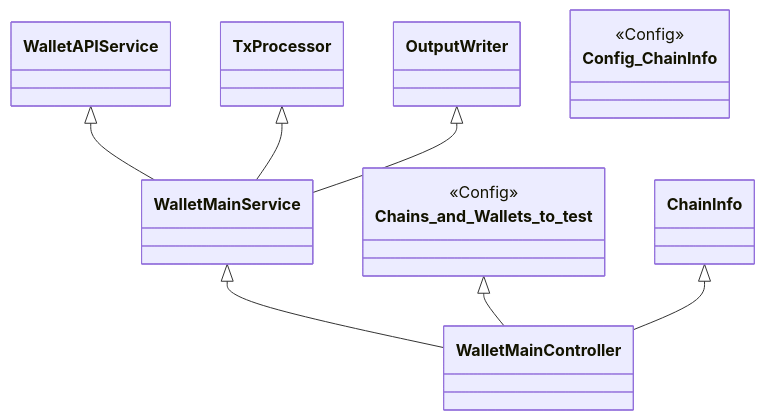
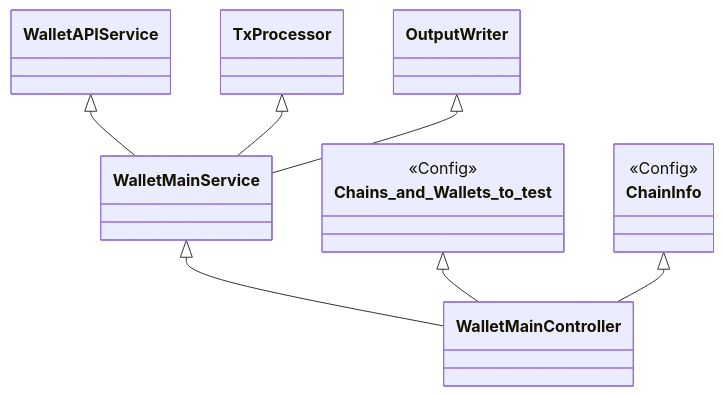
The diagram in README.md (SmiteDeluxe/tx-tax-formatter), drawn with Mermaid before and after one commit.

````diff
--- a/README.md
+++ b/README.md
@@ -1,15 +1,15 @@
 ```mermaid
 classDiagram
       WalletMainService <|-- WalletMainController
       WalletAPIService <|-- WalletMainService
       TxProcessor <|-- WalletMainService
       OutputWriter <|-- WalletMainService
       Chains_and_Wallets_to_test <|-- WalletMainController
       ChainInfo <|-- WalletMainController
       class Chains_and_Wallets_to_test {
         <<Config>>
       }
-      class Config_ChainInfo {
+      class ChainInfo {
         <<Config>>
       }
 ```
````
